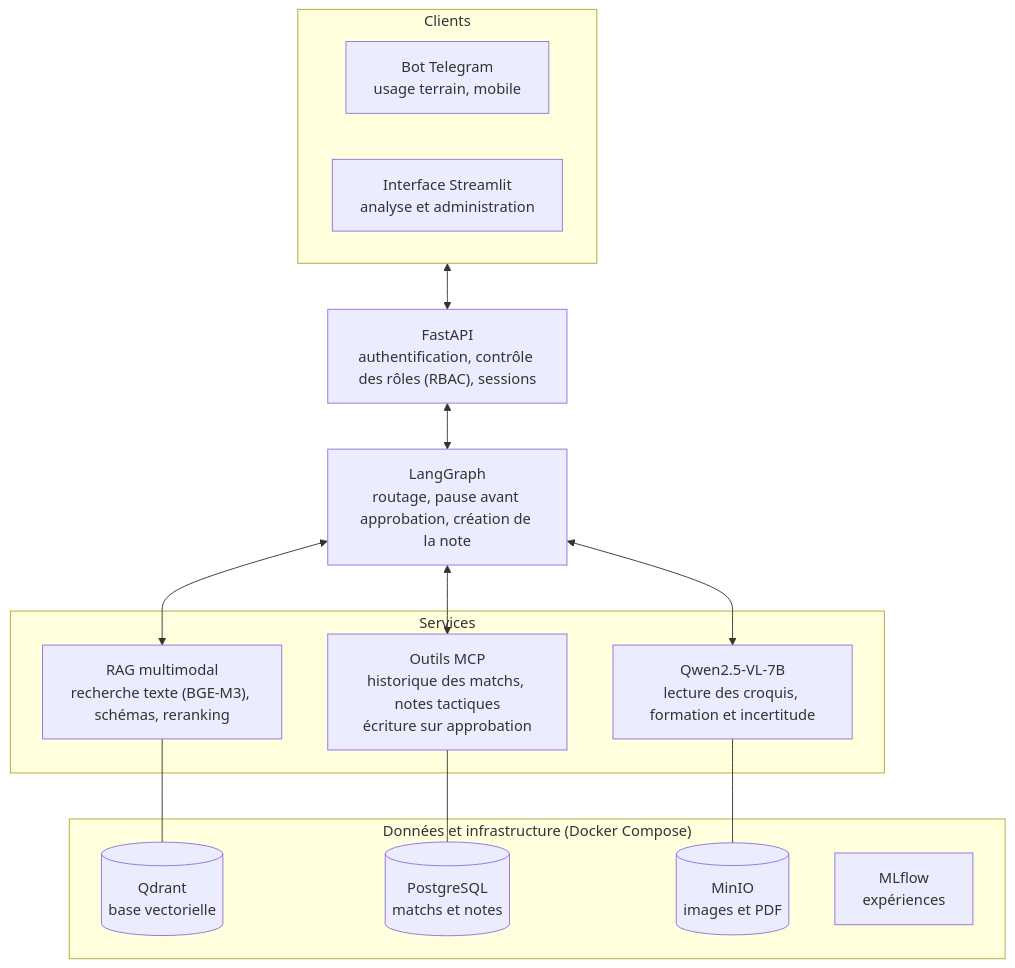
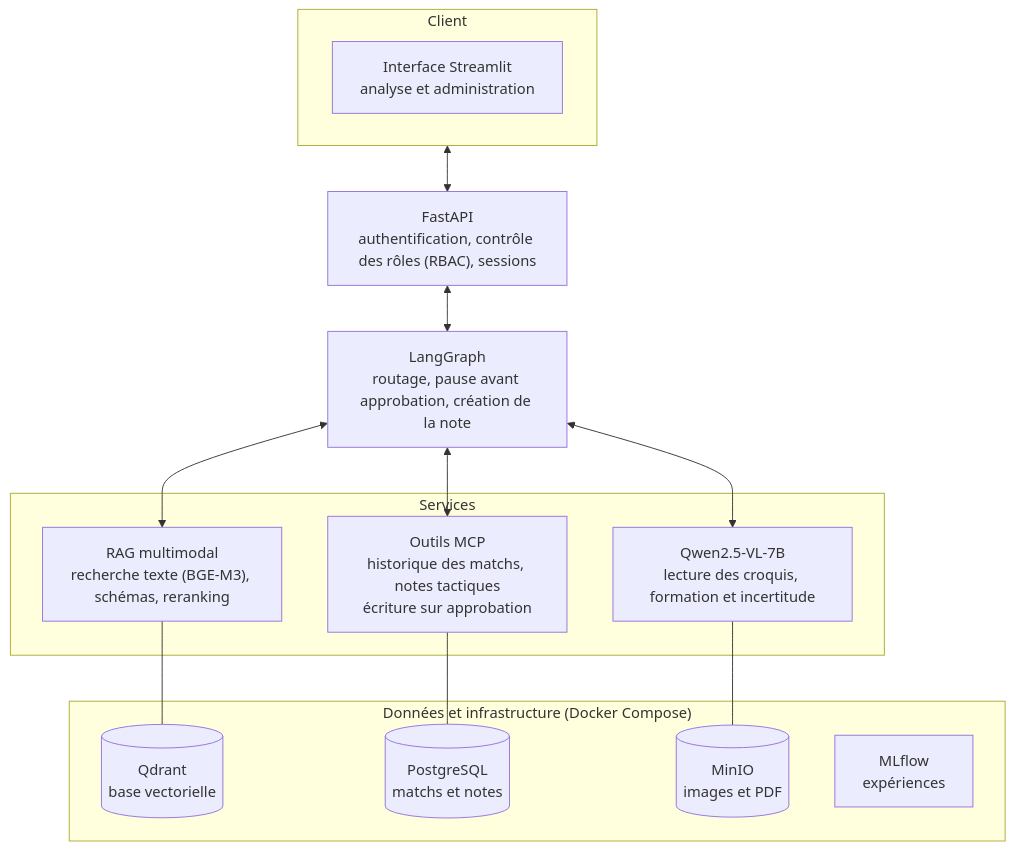
The first of 2 diagrams in README.md (Amine-El-Alouani/TactIQ), drawn with Mermaid before and after one commit. The commit also changed other lines of this file, not shown here.

````diff
--- a/README.md
+++ b/README.md
@@ -133,28 +150,27 @@
 ```mermaid
 flowchart TB
-  subgraph C["Clients"]
-    TG["Bot Telegram<br/>usage terrain, mobile"]
+  subgraph C["Client"]
     ST["Interface Streamlit<br/>analyse et administration"]
   end
   API["FastAPI<br/>authentification, contrôle des rôles (RBAC), sessions"]
   LG["LangGraph<br/>routage, pause avant approbation, création de la note"]
   subgraph S["Services"]
     RAG["RAG multimodal<br/>recherche texte (BGE-M3), schémas, reranking"]
     VLM["Qwen2.5-VL-7B<br/>lecture des croquis, formation et incertitude"]
     MCP["Outils MCP<br/>historique des matchs, notes tactiques<br/>écriture sur approbation"]
   end
   subgraph D["Données et infrastructure (Docker Compose)"]
     Q[("Qdrant<br/>base vectorielle")]
     P[("PostgreSQL<br/>matchs et notes")]
     M[("MinIO<br/>images et PDF")]
     F["MLflow<br/>expériences"]
   end
   C <--> API
   API <--> LG
   LG <--> RAG
   LG <--> VLM
   LG <--> MCP
   RAG --- Q
   MCP --- P
   VLM --- M
 ```
````
